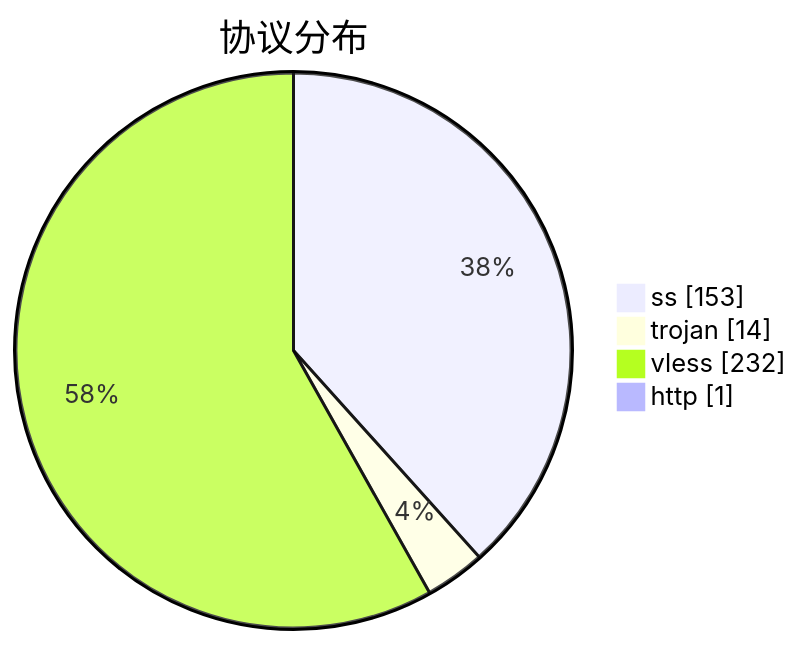
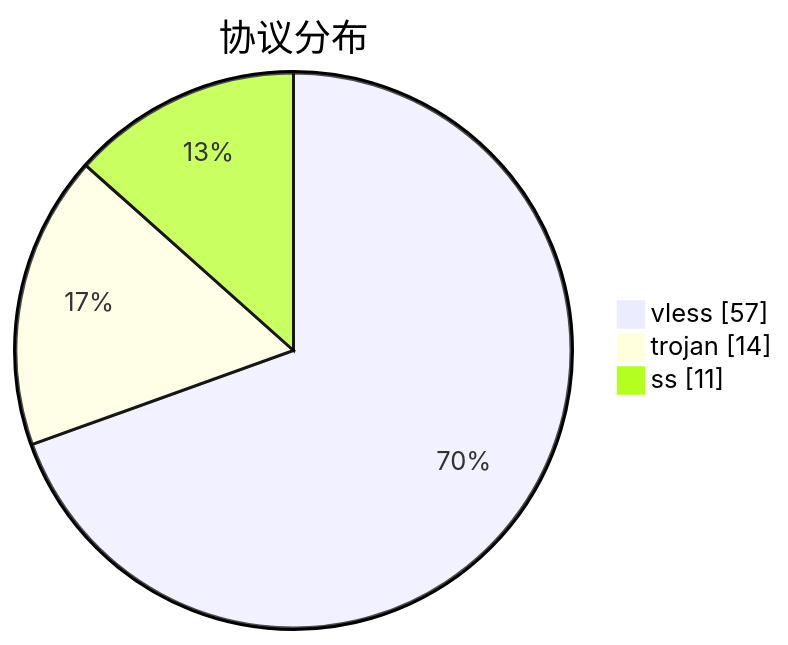
The third of 3 diagrams in subs/statistics/tested_within.md (qjlxg/airport), drawn with Mermaid before and after one commit. The commit also changed other lines of this file and 2 other files, not shown here.

````diff
--- a/subs/statistics/tested_within.md
+++ b/subs/statistics/tested_within.md
@@ -20,8 +16,7 @@
 ```mermaid
 pie showData
 title 协议分布
-"ss" : 153
+"vless" : 57
 "trojan" : 14
-"vless" : 232
-"http" : 1
+"ss" : 11
 ```
````
